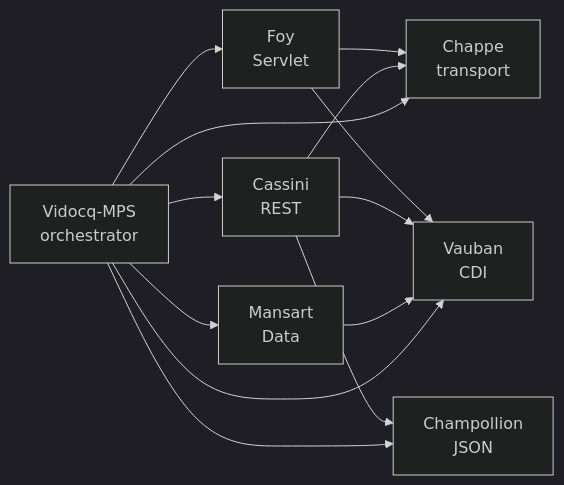
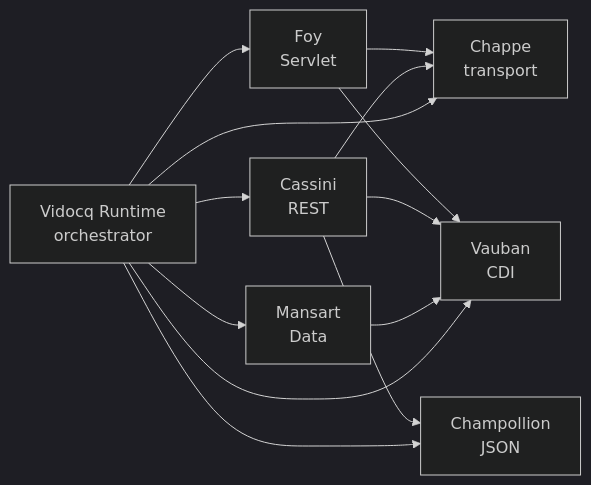
Before and after one commit to vidocq-stack/vidocq-docs: the second of 2 diagrams in content/home-en/modules/ROOT/pages/architecture.adoc, drawn with Mermaid (dark theme). The commit also changed other lines of this file and 11 other files, not shown here.

Commit message:
docs: rename vidocq-mps → vidocq (Vidocq Runtime)

```diff
--- a/content/home-en/modules/ROOT/pages/architecture.adoc
+++ b/content/home-en/modules/ROOT/pages/architecture.adoc
@@ -63,24 +63,24 @@
 [mermaid]
 ....
 flowchart LR
     CHAPPE[Chappe<br/>transport]
     VAUBAN[Vauban<br/>CDI]
     CHAMPOLLION[Champollion<br/>JSON]
     FOY[Foy<br/>Servlet]
     CASSINI[Cassini<br/>REST]
     MANSART[Mansart<br/>Data]
-    VIDOCQ[Vidocq-MPS<br/>orchestrator]
+    VIDOCQ[Vidocq Runtime<br/>orchestrator]
 
     FOY --> CHAPPE
     FOY --> VAUBAN
     CASSINI --> CHAPPE
     CASSINI --> VAUBAN
     CASSINI --> CHAMPOLLION
     MANSART --> VAUBAN
     VIDOCQ --> FOY
     VIDOCQ --> CASSINI
     VIDOCQ --> VAUBAN
     VIDOCQ --> CHAMPOLLION
     VIDOCQ --> CHAPPE
     VIDOCQ --> MANSART
 ....
```
